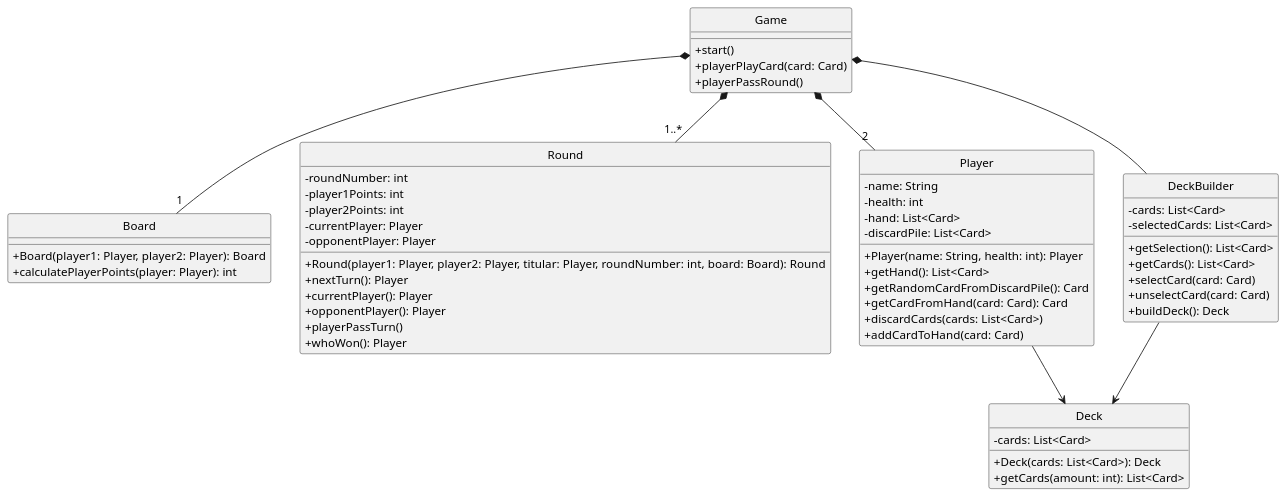
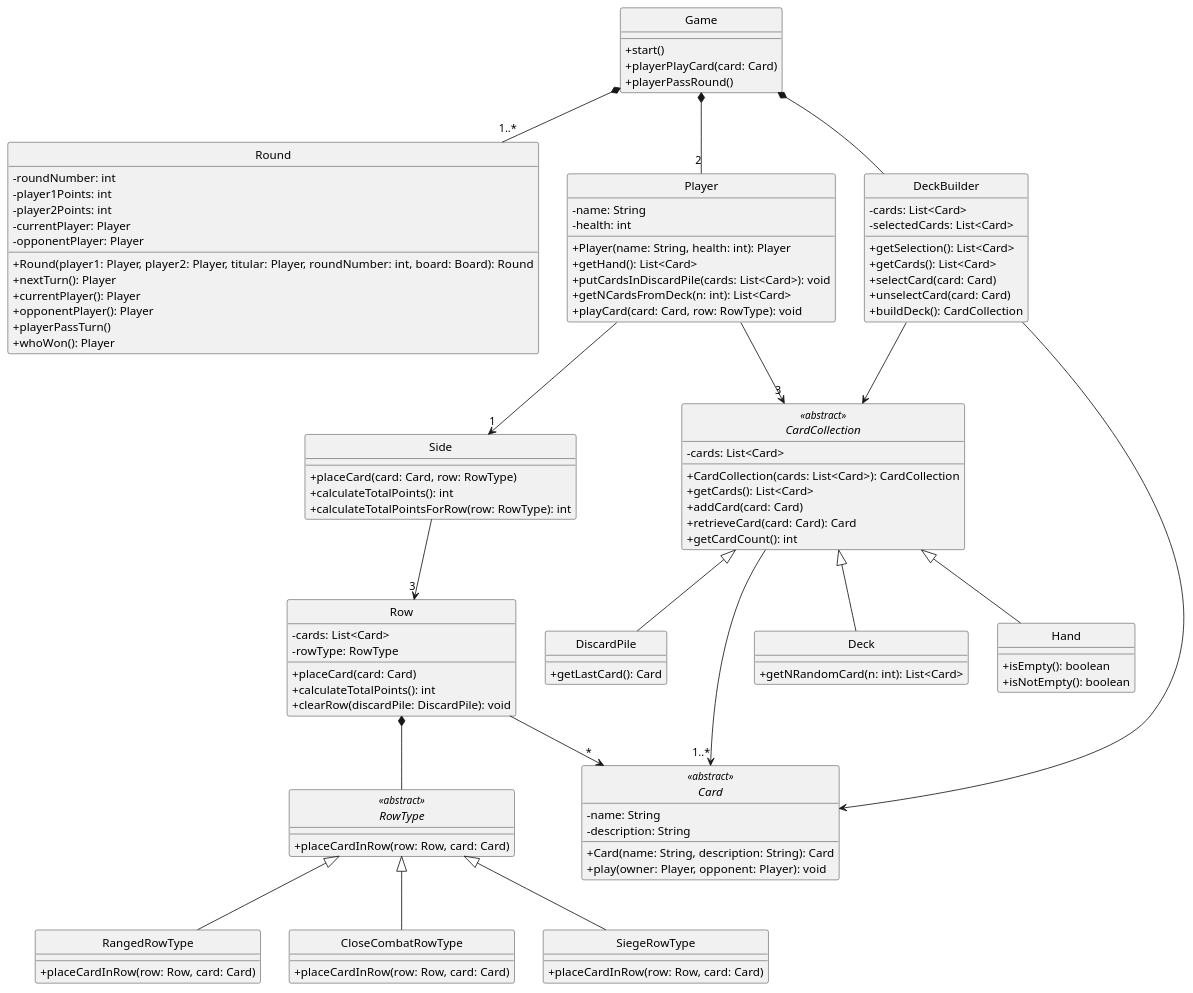
One commit to Yonhir/algo3_proyecto_base_tp2 changed the diagram in diagrams/classes/game.plantuml. Above: the diagram before and after it, drawn with PlantUML. The commit also changed 1 other file, not shown here.

Commit message:
diagrama actualizado por correcciones

```diff
--- a/diagrams/classes/game.plantuml
+++ b/diagrams/classes/game.plantuml
@@ -1,82 +1,135 @@
 @startuml
 
 skinparam monochrome true
 hide circle
 skinparam classAttributeIconSize 0
-' =====================
-' DECK & PLAYER
-' =====================
 
 ' =====================
-' GAME & BOARD
+' GAME
 ' =====================
 class Game {
   +start()
   +playerPlayCard(card: Card)
   +playerPassRound()
 }
-
-class Board {
-  +Board(player1: Player, player2: Player): Board
-  +calculatePlayerPoints(player: Player): int
-}
-
 
 class Round {
   -roundNumber: int
   -player1Points: int
   -player2Points: int
   -currentPlayer: Player
   -opponentPlayer: Player
   +Round(player1: Player, player2: Player, titular: Player, roundNumber: int, board: Board): Round
   +nextTurn(): Player
   +currentPlayer(): Player
   +opponentPlayer(): Player
   +playerPassTurn()
   +whoWon(): Player
 }
 
 class Player {
   -name: String
   -health: int
-  -hand: List<Card>
-  -discardPile: List<Card>
   +Player(name: String, health: int): Player
   +getHand(): List<Card>
-  +getRandomCardFromDiscardPile(): Card
-  +getCardFromHand(card: Card): Card
-  +discardCards(cards: List<Card>)
-  +addCardToHand(card: Card)
+  +putCardsInDiscardPile(cards: List<Card>): void
+  +getNCardsFromDeck(n: int): List<Card>
+  +playCard(card: Card, row: RowType): void
 }
 
 class Deck {
-  -cards: List<Card>
-  +Deck(cards: List<Card>): Deck
-  +getCards(amount: int): List<Card>
+  +getNRandomCard(n: int): List<Card>
 }
 
 class DeckBuilder {
   -cards: List<Card>
   -selectedCards: List<Card>
   +getSelection(): List<Card>
   +getCards(): List<Card>
   +selectCard(card: Card)
   +unselectCard(card: Card)
-  +buildDeck(): Deck
+  +buildDeck(): CardCollection
 }
+
+abstract class CardCollection <<abstract>> {
+  -cards: List<Card>
+  +CardCollection(cards: List<Card>): CardCollection
+  +getCards(): List<Card>
+  +addCard(card: Card)
+  +retrieveCard(card: Card): Card
+  +getCardCount(): int
+}
+
+class Hand {
+  +isEmpty(): boolean
+  +isNotEmpty(): boolean
+}
+
+class DiscardPile {
+  +getLastCard(): Card
+}
+
+abstract class Card <<abstract>> {
+  -name: String
+  -description: String
+  +Card(name: String, description: String): Card
+  +play(owner: Player, opponent: Player): void
+}
+
+class Side {
+  +placeCard(card: Card, row: RowType)
+  +calculateTotalPoints(): int
+  +calculateTotalPointsForRow(row: RowType): int
+}
+
+abstract class RowType <<abstract>> {
+  +placeCardInRow(row: Row, card: Card)
+}
+
+class RangedRowType extends RowType {
+  +placeCardInRow(row: Row, card: Card)
+}
+
+class CloseCombatRowType extends RowType {
+  +placeCardInRow(row: Row, card: Card)
+}
+
+class SiegeRowType extends RowType {
+  +placeCardInRow(row: Row, card: Card)
+}
+
+class Row {
+  -cards: List<Card>
+  -rowType: RowType
+  +placeCard(card: Card)
+  +calculateTotalPoints(): int
+  +clearRow(discardPile: DiscardPile): void
+}
+
 ' =====================
 ' RELATIONSHIPS
 ' =====================
 
 Game *-- "1..*" Round
-Game *-- "1" Board
 Game *-- "2" Player
 Game *-- DeckBuilder
-DeckBuilder --> Deck
-Player --> Deck
 
+DeckBuilder --> Card
+DeckBuilder --> CardCollection
 
+CardCollection --> "1..*" Card
 
+CardCollection <|-- Hand
+CardCollection <|-- DiscardPile
+CardCollection <|-- Deck
 
+Player --> "3" CardCollection
+
+Player --> "1" Side
+
+Side --> "3" Row
+
+Row *-- RowType
+Row --> "*" Card
 
 @enduml
```
